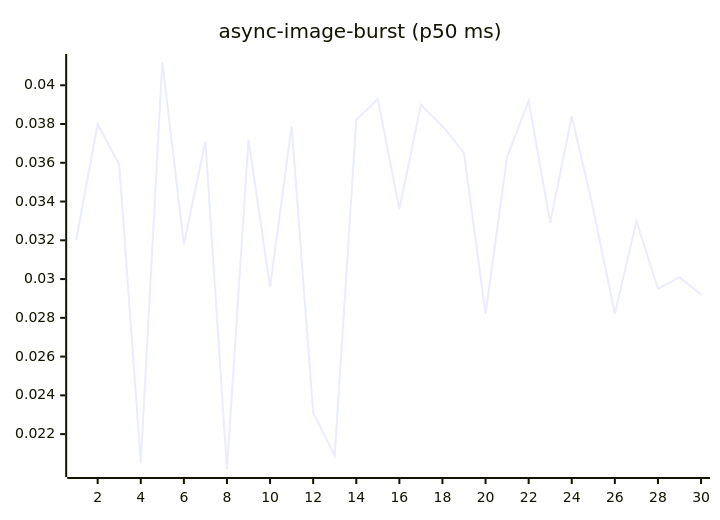
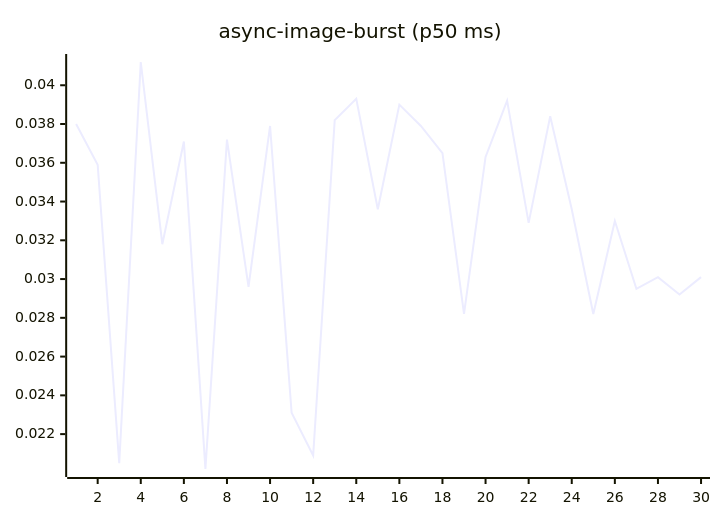
Before and after one commit to josha/Facet: the fourth of 27 diagrams in README.md, drawn with Mermaid. The commit also changed other lines of this file and 2 other files, not shown here.

````diff
--- a/README.md
+++ b/README.md
@@ -84,6 +84,6 @@
 ```mermaid
 xychart-beta
     title "async-image-burst (p50 ms)"
     x-axis 1 --> 30
-    line [0.0320, 0.0380, 0.0359, 0.0205, 0.0412, 0.0318, 0.0371, 0.0202, 0.0372, 0.0296, 0.0379, 0.0231, 0.0209, 0.0382, 0.0393, 0.0336, 0.0390, 0.0379, 0.0365, 0.0282, 0.0363, 0.0392, 0.0329, 0.0384, 0.0336, 0.0282, 0.0330, 0.0295, 0.0301, 0.0292]
+    line [0.0380, 0.0359, 0.0205, 0.0412, 0.0318, 0.0371, 0.0202, 0.0372, 0.0296, 0.0379, 0.0231, 0.0209, 0.0382, 0.0393, 0.0336, 0.0390, 0.0379, 0.0365, 0.0282, 0.0363, 0.0392, 0.0329, 0.0384, 0.0336, 0.0282, 0.0330, 0.0295, 0.0301, 0.0292, 0.0301]
 ```
````
